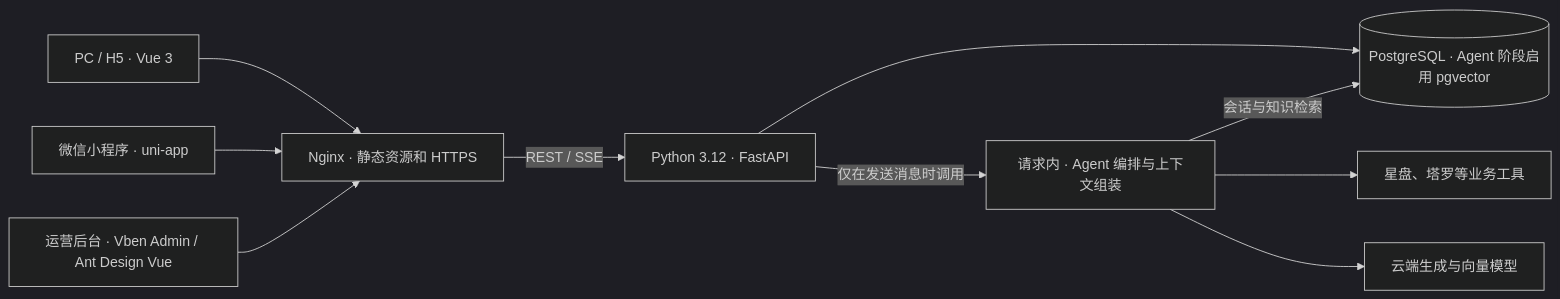
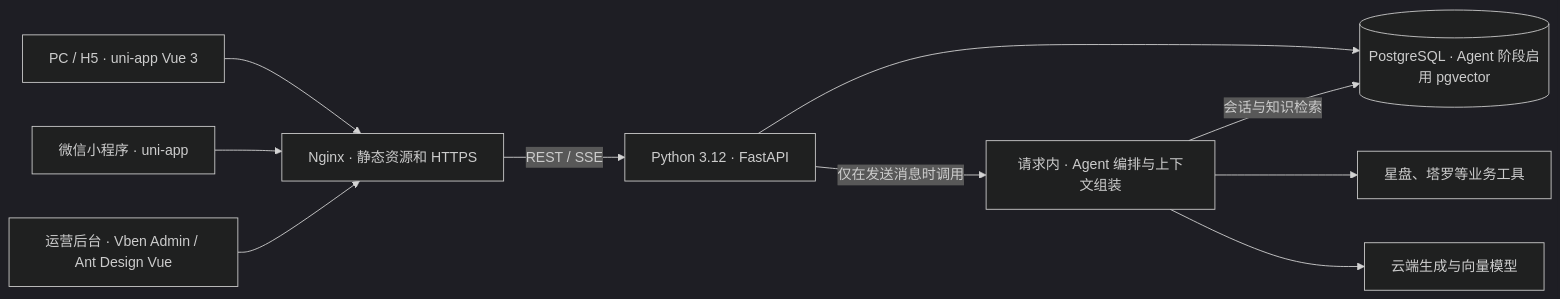
One commit to 18683912021/xuanji-zhiming changed the diagram in 技术架构与开发规划.md. Above: the diagram before and after it, drawn with Mermaid (dark theme). The commit also changed other lines of this file and 162 other files, not shown here.

First line of the commit message:
feat: 统一三端前端并重绘鎏金图标

````diff
--- a/技术架构与开发规划.md
+++ b/技术架构与开发规划.md
@@ -7,12 +7,12 @@
 ```mermaid
 flowchart LR
-    Web["PC / H5 · Vue 3"] --> Nginx["Nginx · 静态资源和 HTTPS"]
+    Web["PC / H5 · uni-app Vue 3"] --> Nginx["Nginx · 静态资源和 HTTPS"]
     Wechat["微信小程序 · uni-app"] --> Nginx
     Admin["运营后台 · Vben Admin / Ant Design Vue"] --> Nginx
     Nginx -->|REST / SSE| API["Python 3.12 · FastAPI"]
     API --> PG[("PostgreSQL · Agent 阶段启用 pgvector")]
     API -->|仅在发送消息时调用| Agent["请求内 · Agent 编排与上下文组装"]
     Agent --> Rules["星盘、塔罗等业务工具"]
     Agent -->|会话与知识检索| PG
     Agent --> Model["云端生成与向量模型"]
 ```
````
